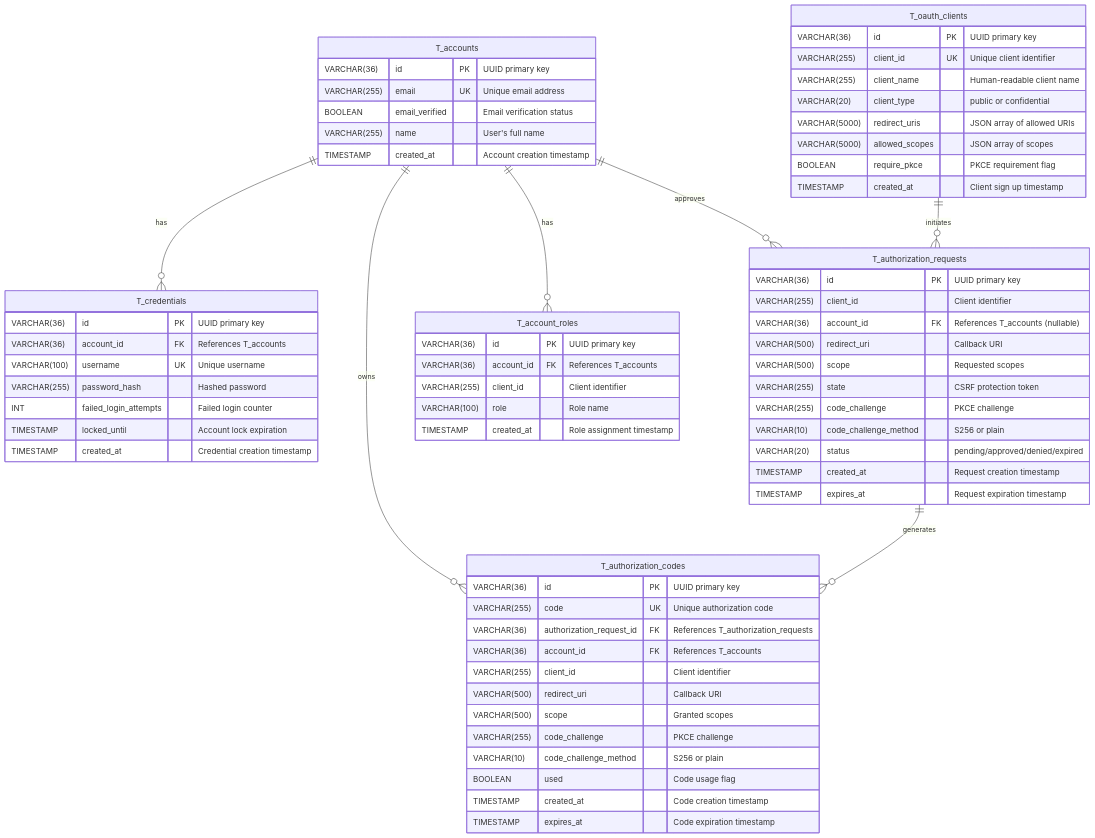
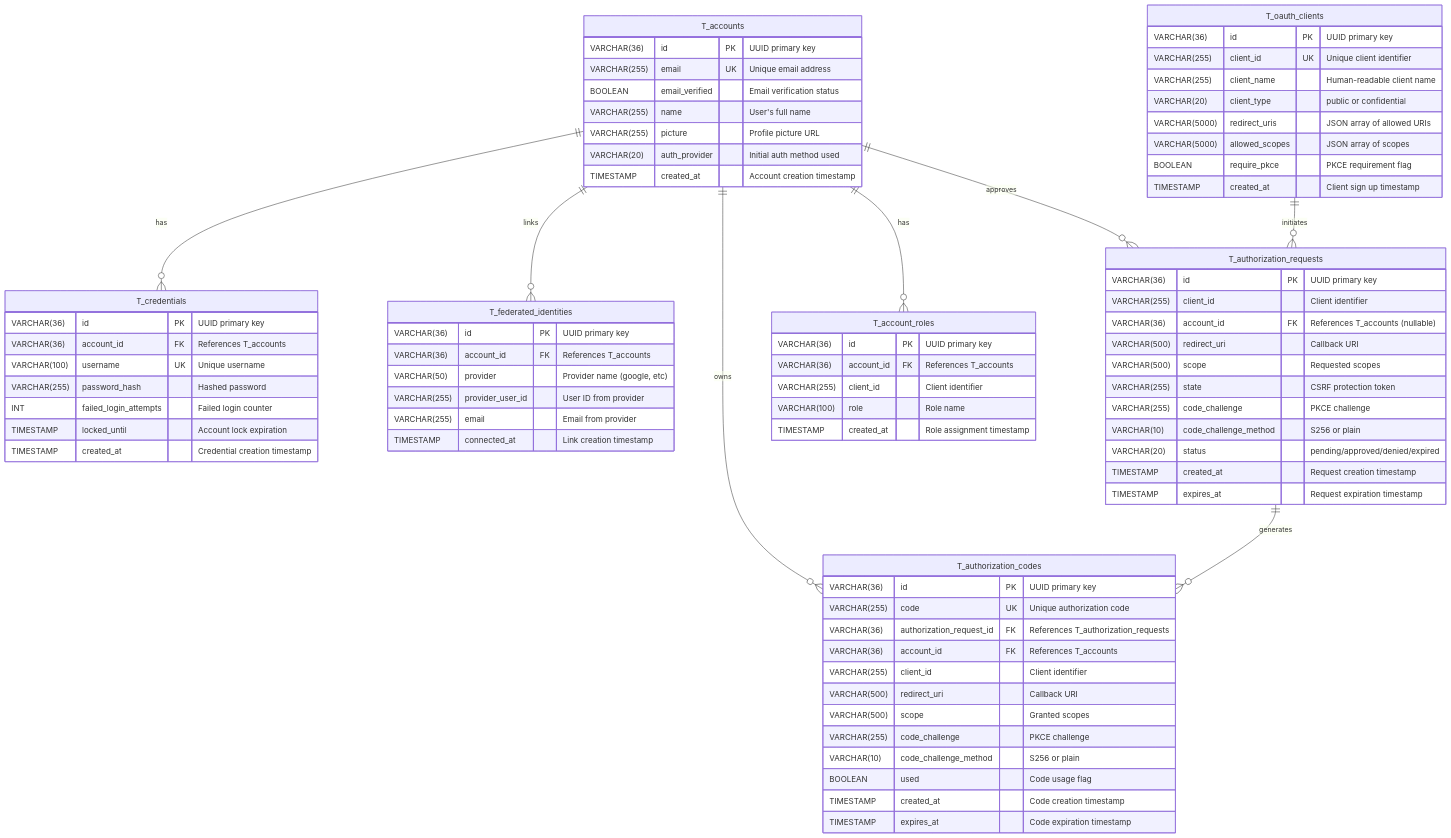
The diagram in DATABASE.md (abstratium-dev/abstrauth), drawn with Mermaid before and after one commit. The commit also changed other lines of this file and 34 other files, not shown here.

Commit message:
added federated login for google

````diff
--- a/DATABASE.md
+++ b/DATABASE.md
@@ -9,6 +9,7 @@
 ```mermaid
 erDiagram
     T_accounts ||--o{ T_credentials : "has"
+    T_accounts ||--o{ T_federated_identities : "links"
     T_accounts ||--o{ T_authorization_codes : "owns"
     T_accounts ||--o{ T_account_roles : "has"
     T_oauth_clients ||--o{ T_authorization_requests : "initiates"
@@ -20,7 +21,18 @@
         VARCHAR(255) email UK "Unique email address"
         BOOLEAN email_verified "Email verification status"
         VARCHAR(255) name "User's full name"
+        VARCHAR(255) picture "Profile picture URL"
+        VARCHAR(20) auth_provider "Initial auth method used"
         TIMESTAMP created_at "Account creation timestamp"
+    }
+
+    T_federated_identities {
+        VARCHAR(36) id PK "UUID primary key"
+        VARCHAR(36) account_id FK "References T_accounts"
+        VARCHAR(50) provider "Provider name (google, etc)"
+        VARCHAR(255) provider_user_id "User ID from provider"
+        VARCHAR(255) email "Email from provider"
+        TIMESTAMP connected_at "Link creation timestamp"
     }
 
     T_credentials {
````
